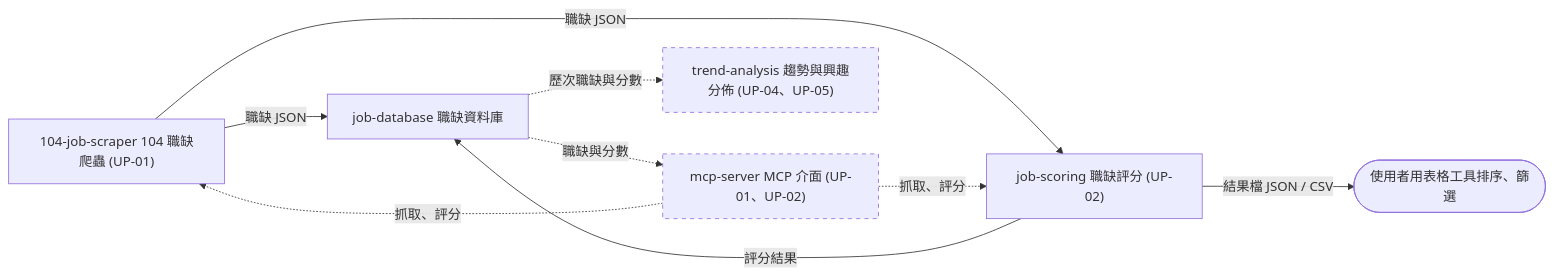
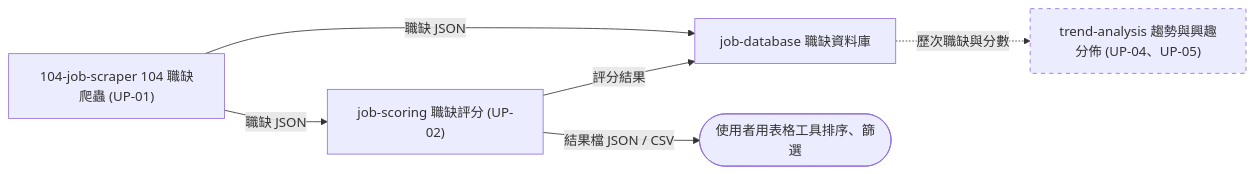
One commit to dlhdb/job-matching changed the first of 2 diagrams in docs/product/overview.md. Above: the diagram before and after it, drawn with Mermaid. The commit also changed other lines of this file and 11 other files, not shown here.

First line of the commit message:
docs: 移除 mcp-server 功能文件與所有引用

````diff
--- a/docs/product/overview.md
+++ b/docs/product/overview.md
@@ -61,14 +61,11 @@
 ```mermaid
 flowchart LR
     scraper["104-job-scraper 104 職缺爬蟲 (UP-01)"] -->|職缺 JSON| db["job-database 職缺資料庫"]
     scraper -->|職缺 JSON| scoring["job-scoring 職缺評分 (UP-02)"]
     scoring -->|結果檔 JSON / CSV| U(["使用者用表格工具排序、篩選"])
     scoring -->|評分結果| db
-    db -.->|職缺與分數| mcp["mcp-server MCP 介面 (UP-01、UP-02)"]
-    mcp -.->|抓取、評分| scraper
-    mcp -.->|抓取、評分| scoring
     db -.->|歷次職缺與分數| trend["trend-analysis 趨勢與興趣分佈 (UP-04、UP-05)"]
 
     classDef planned stroke-dasharray: 5 5
-    class mcp,trend planned
+    class trend planned
 ```
````
